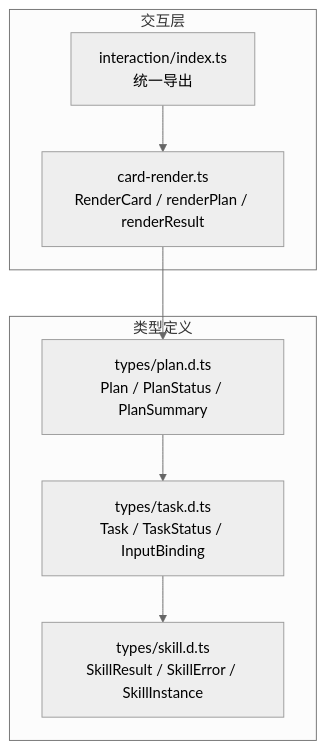
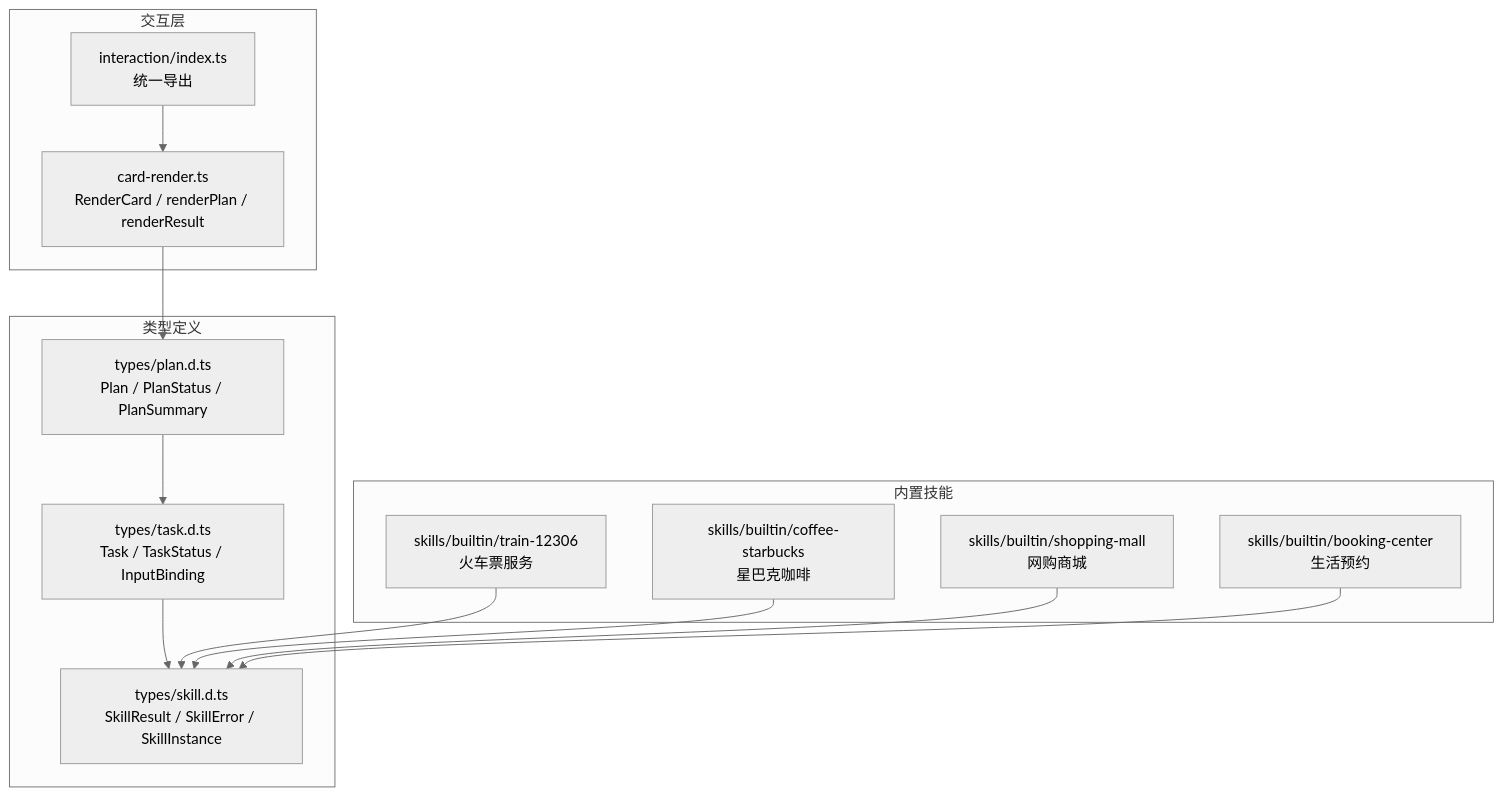
Before and after one commit to Ichi-Hackton/WAIC-WeChat-MiniProgram: the first of 6 diagrams in .qoder/repowiki/zh/content/用户界面/交互层设计/卡片渲染引擎.md, drawn with Mermaid (neutral theme). The commit also changed other lines of this file and 33 other files, not shown here.

````diff
--- a/.qoder/repowiki/zh/content/用户界面/交互层设计/卡片渲染引擎.md
+++ b/.qoder/repowiki/zh/content/用户界面/交互层设计/卡片渲染引擎.md
@@ -35,16 +48,26 @@
 ```mermaid
 graph TB
 subgraph "交互层"
 CR["card-render.ts<br/>RenderCard / renderPlan / renderResult"]
 IDX["interaction/index.ts<br/>统一导出"]
 end
 subgraph "类型定义"
 PLAN["types/plan.d.ts<br/>Plan / PlanStatus / PlanSummary"]
 TASK["types/task.d.ts<br/>Task / TaskStatus / InputBinding"]
 SKILL["types/skill.d.ts<br/>SkillResult / SkillError / SkillInstance"]
 end
+subgraph "内置技能"
+TRAIN["skills/builtin/train-12306<br/>火车票服务"]
+COFFEE["skills/builtin/coffee-starbucks<br/>星巴克咖啡"]
+SHOPPING["skills/builtin/shopping-mall<br/>网购商城"]
+BOOKING["skills/builtin/booking-center<br/>生活预约"]
+end
 CR --> PLAN
 PLAN --> TASK
 TASK --> SKILL
 IDX --> CR
+TRAIN --> SKILL
+COFFEE --> SKILL
+SHOPPING --> SKILL
+BOOKING --> SKILL
 ```
````
